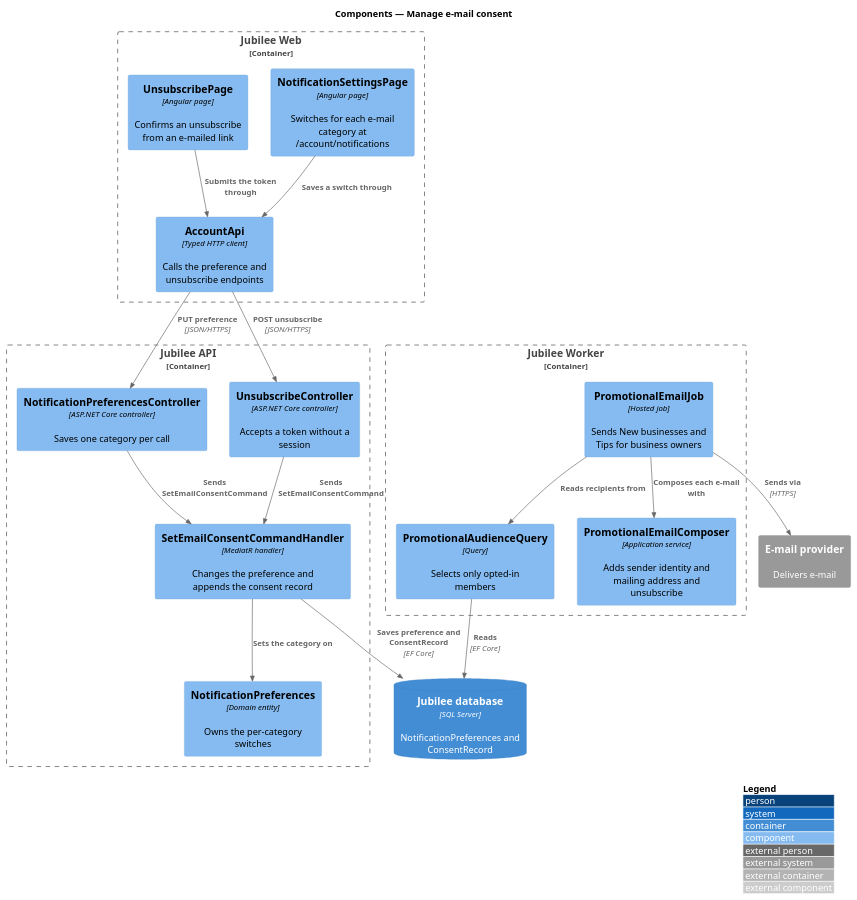
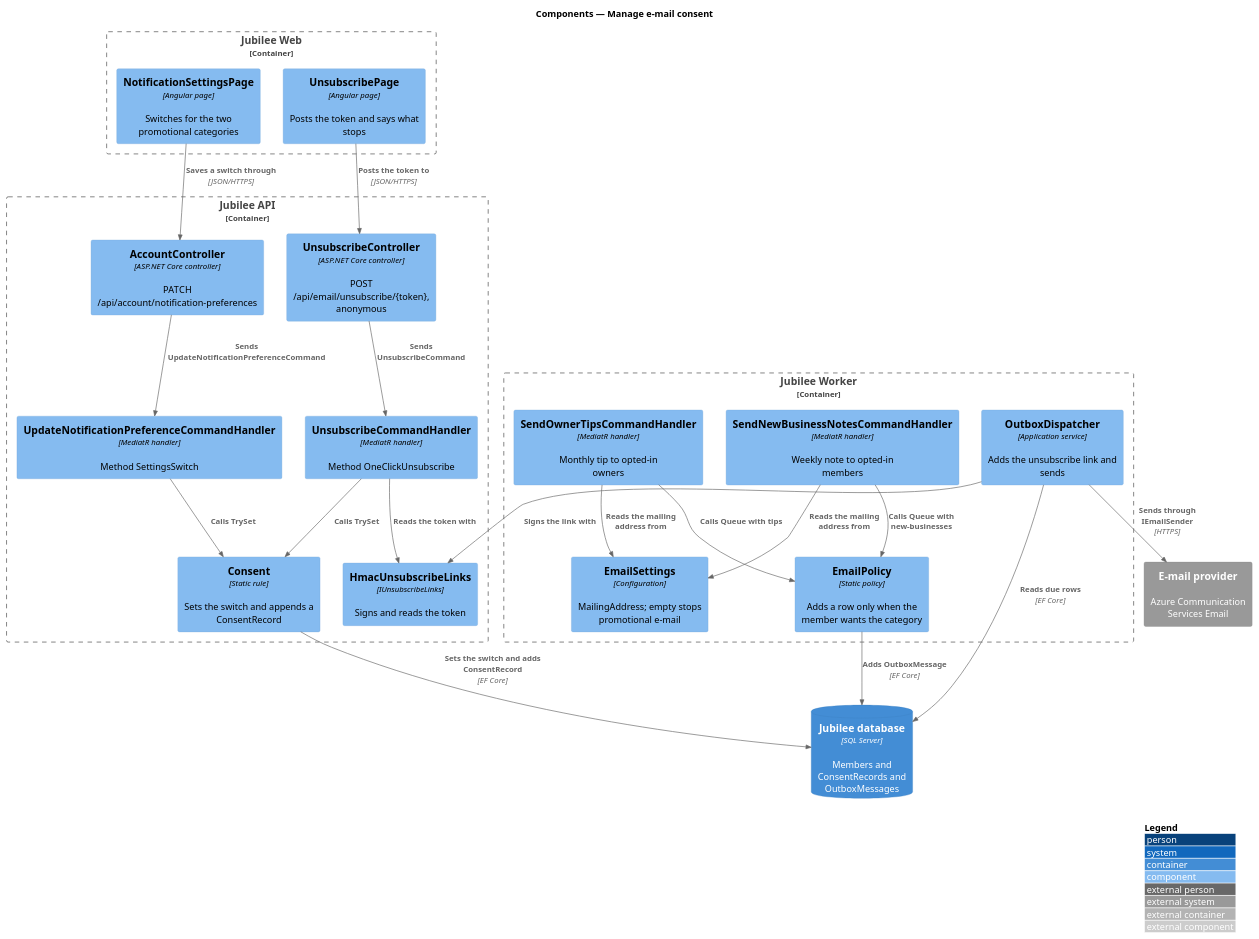
The diagram in docs/detailed-designs/privacy/manage-email-consent/diagrams/c4-component.puml (QuinntyneBrown/jubilee), drawn with PlantUML before and after one commit. The commit also changed 81 other files, not shown here.

```diff
--- a/docs/detailed-designs/privacy/manage-email-consent/diagrams/c4-component.puml
+++ b/docs/detailed-designs/privacy/manage-email-consent/diagrams/c4-component.puml
@@ -1,37 +1,44 @@
 @startuml
 !include <C4/C4_Component>
 LAYOUT_WITH_LEGEND()
 title Components — Manage e-mail consent
 
 Container_Boundary(web, "Jubilee Web") {
-  Component(page, "NotificationSettingsPage", "Angular page", "Switches for each e-mail category at /account/notifications")
-  Component(unsub, "UnsubscribePage", "Angular page", "Confirms an unsubscribe from an e-mailed link")
-  Component(client, "AccountApi", "Typed HTTP client", "Calls the preference and unsubscribe endpoints")
+  Component(settings, "NotificationSettingsPage", "Angular page", "Switches for the two promotional categories")
+  Component(unsubpage, "UnsubscribePage", "Angular page", "Posts the token and says what stops")
 }
 Container_Boundary(api, "Jubilee API") {
-  Component(ctrl, "NotificationPreferencesController", "ASP.NET Core controller", "Saves one category per call")
-  Component(uctrl, "UnsubscribeController", "ASP.NET Core controller", "Accepts a token without a session")
-  Component(handler, "SetEmailConsentCommandHandler", "MediatR handler", "Changes the preference and appends the consent record")
-  Component(prefs, "NotificationPreferences", "Domain entity", "Owns the per-category switches")
+  Component(account, "AccountController", "ASP.NET Core controller", "PATCH /api/account/notification-preferences")
+  Component(unsub, "UnsubscribeController", "ASP.NET Core controller", "POST /api/email/unsubscribe/{token}, anonymous")
+  Component(update, "UpdateNotificationPreferenceCommandHandler", "MediatR handler", "Method SettingsSwitch")
+  Component(unsubh, "UnsubscribeCommandHandler", "MediatR handler", "Method OneClickUnsubscribe")
+  Component(consent, "Consent", "Static rule", "Sets the switch and appends a ConsentRecord")
+  Component(links, "HmacUnsubscribeLinks", "IUnsubscribeLinks", "Signs and reads the token")
 }
 Container_Boundary(worker, "Jubilee Worker") {
-  Component(job, "PromotionalEmailJob", "Hosted job", "Sends New businesses and Tips for business owners")
-  Component(audience, "PromotionalAudienceQuery", "Query", "Selects only opted-in members")
-  Component(guard, "PromotionalEmailComposer", "Application service", "Adds sender identity and mailing address and unsubscribe")
+  Component(note, "SendNewBusinessNotesCommandHandler", "MediatR handler", "Weekly note to opted-in members")
+  Component(tips, "SendOwnerTipsCommandHandler", "MediatR handler", "Monthly tip to opted-in owners")
+  Component(settingsCfg, "EmailSettings", "Configuration", "MailingAddress; empty stops promotional e-mail")
+  Component(policy, "EmailPolicy", "Static policy", "Adds a row only when the member wants the category")
+  Component(dispatcher, "OutboxDispatcher", "Application service", "Adds the unsubscribe link and sends")
 }
-ContainerDb(db, "Jubilee database", "SQL Server", "NotificationPreferences and ConsentRecord")
-System_Ext(email, "E-mail provider", "Delivers e-mail")
+ContainerDb(db, "Jubilee database", "SQL Server", "Members and ConsentRecords and OutboxMessages")
+System_Ext(email, "E-mail provider", "Azure Communication Services Email")
 
-Rel(page, client, "Saves a switch through")
-Rel(unsub, client, "Submits the token through")
-Rel(client, ctrl, "PUT preference", "JSON/HTTPS")
-Rel(client, uctrl, "POST unsubscribe", "JSON/HTTPS")
-Rel(ctrl, handler, "Sends SetEmailConsentCommand")
-Rel(uctrl, handler, "Sends SetEmailConsentCommand")
-Rel(handler, prefs, "Sets the category on")
-Rel(handler, db, "Saves preference and ConsentRecord", "EF Core")
-Rel(job, audience, "Reads recipients from")
-Rel(audience, db, "Reads", "EF Core")
-Rel(job, guard, "Composes each e-mail with")
-Rel(job, email, "Sends via", "HTTPS")
+Rel(settings, account, "Saves a switch through", "JSON/HTTPS")
+Rel(unsubpage, unsub, "Posts the token to", "JSON/HTTPS")
+Rel(account, update, "Sends UpdateNotificationPreferenceCommand")
+Rel(unsub, unsubh, "Sends UnsubscribeCommand")
+Rel(update, consent, "Calls TrySet")
+Rel(unsubh, consent, "Calls TrySet")
+Rel(unsubh, links, "Reads the token with")
+Rel(consent, db, "Sets the switch and adds ConsentRecord", "EF Core")
+Rel(note, settingsCfg, "Reads the mailing address from")
+Rel(tips, settingsCfg, "Reads the mailing address from")
+Rel(note, policy, "Calls Queue with new-businesses")
+Rel(tips, policy, "Calls Queue with tips")
+Rel(policy, db, "Adds OutboxMessage", "EF Core")
+Rel(dispatcher, db, "Reads due rows", "EF Core")
+Rel(dispatcher, links, "Signs the link with")
+Rel(dispatcher, email, "Sends through IEmailSender", "HTTPS")
 @enduml
```
